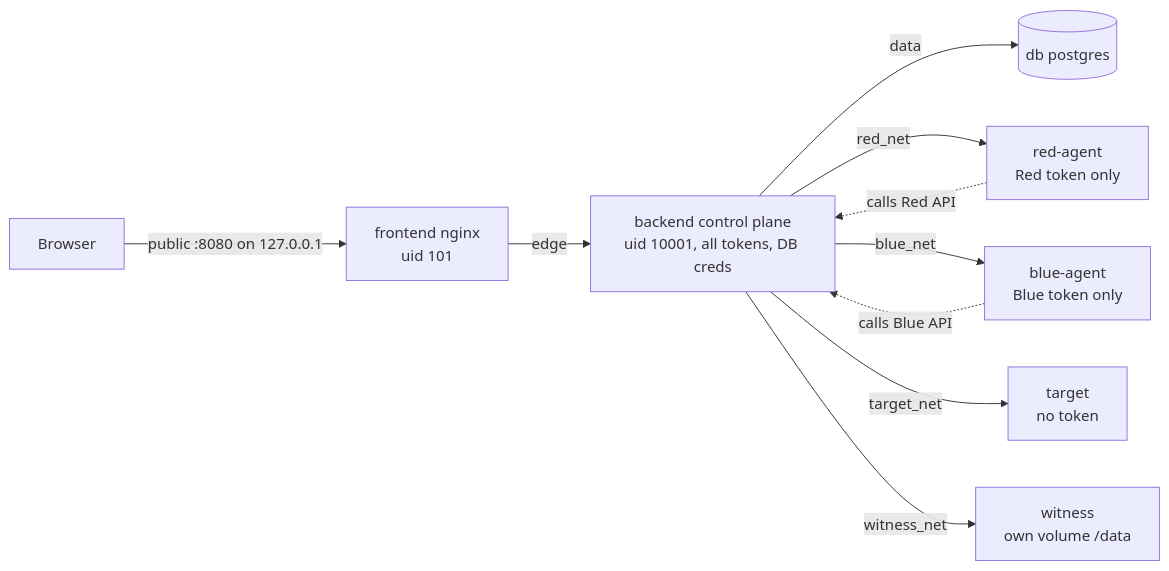
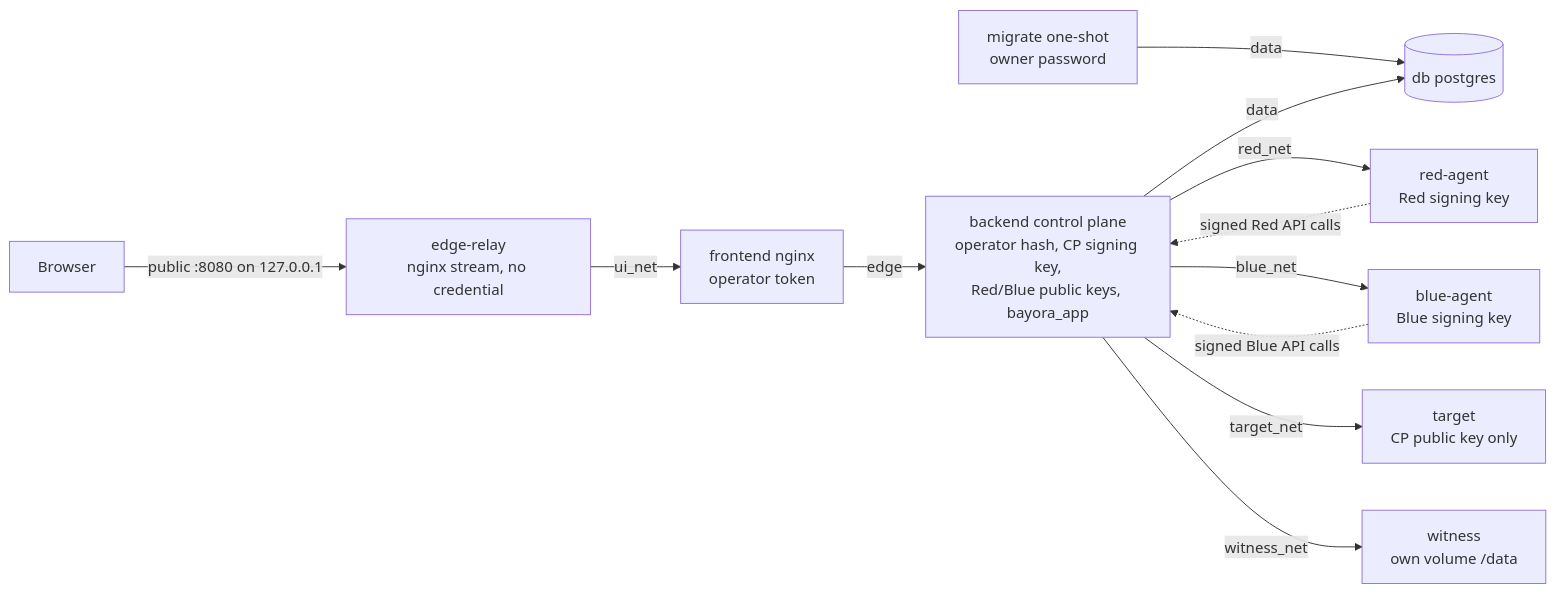
The first of 3 diagrams in flow.md (vatsal8103/HIH-hackthon), drawn with Mermaid before and after one commit. The commit also changed other lines of this file and 2 other files, not shown here.

Commit message:
Document security architecture and recovery

````diff
--- a/flow.md
+++ b/flow.md
@@ -32,12 +35,14 @@
 ```mermaid
 flowchart LR
-  B[Browser] -- public :8080 on 127.0.0.1 --> F[frontend nginx<br/>uid 101]
-  F -- edge --> API[backend control plane<br/>uid 10001, all tokens, DB creds]
+  B[Browser] -- public :8080 on 127.0.0.1 --> E[edge-relay<br/>nginx stream, no credential]
+  E -- ui_net --> F[frontend nginx<br/>operator token]
+  F -- edge --> API[backend control plane<br/>operator hash, CP signing key,<br/>Red/Blue public keys, bayora_app]
+  M[migrate one-shot<br/>owner password] -- data --> DB
   API -- data --> DB[(db postgres)]
-  API -- red_net --> R[red-agent<br/>Red token only]
-  API -- blue_net --> BL[blue-agent<br/>Blue token only]
-  API -- target_net --> T[target<br/>no token]
+  API -- red_net --> R[red-agent<br/>Red signing key]
+  API -- blue_net --> BL[blue-agent<br/>Blue signing key]
+  API -- target_net --> T[target<br/>CP public key only]
   API -- witness_net --> W[witness<br/>own volume /data]
-  R -. calls Red API .-> API
-  BL -. calls Blue API .-> API
+  R -. signed Red API calls .-> API
+  BL -. signed Blue API calls .-> API
 ```
````
